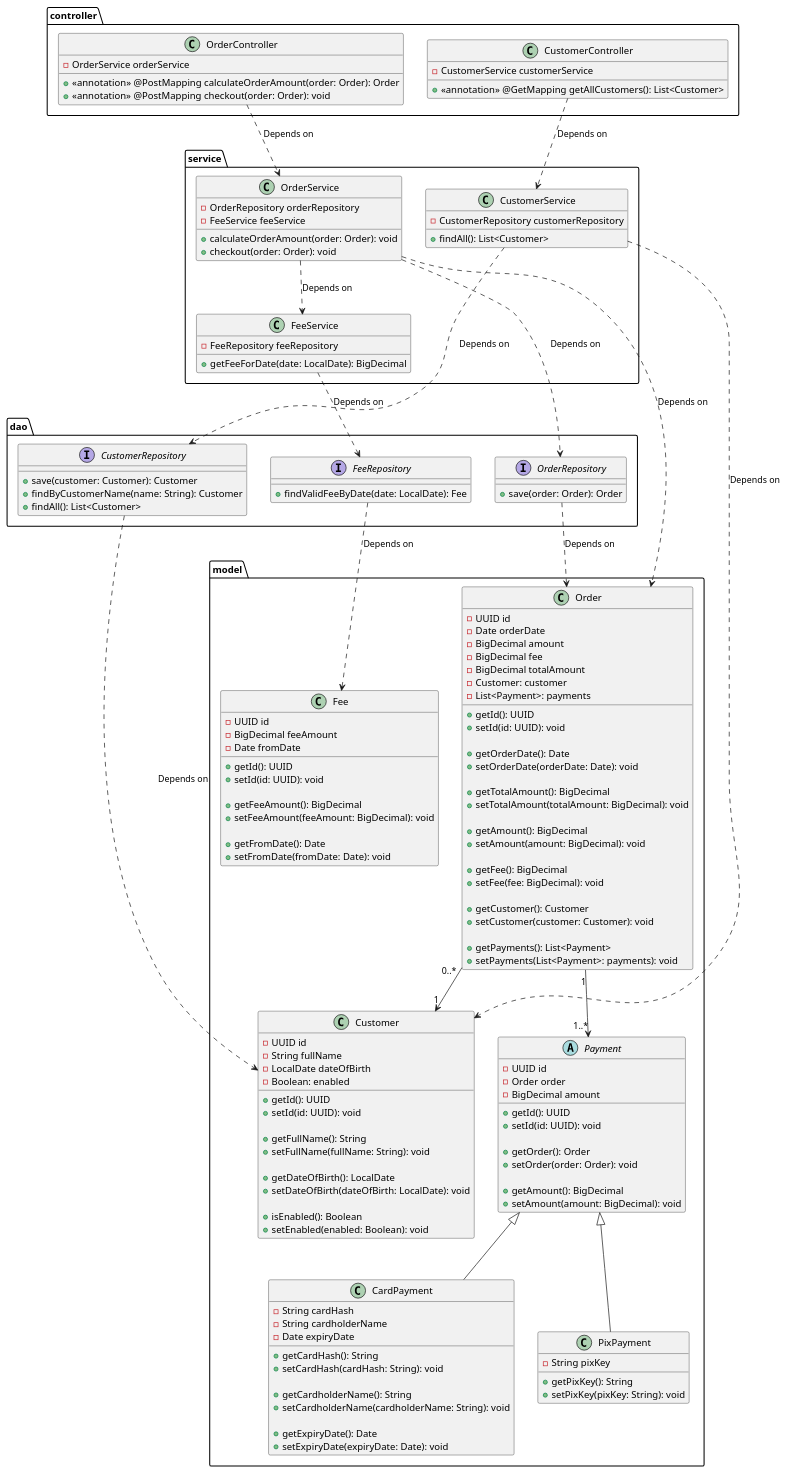
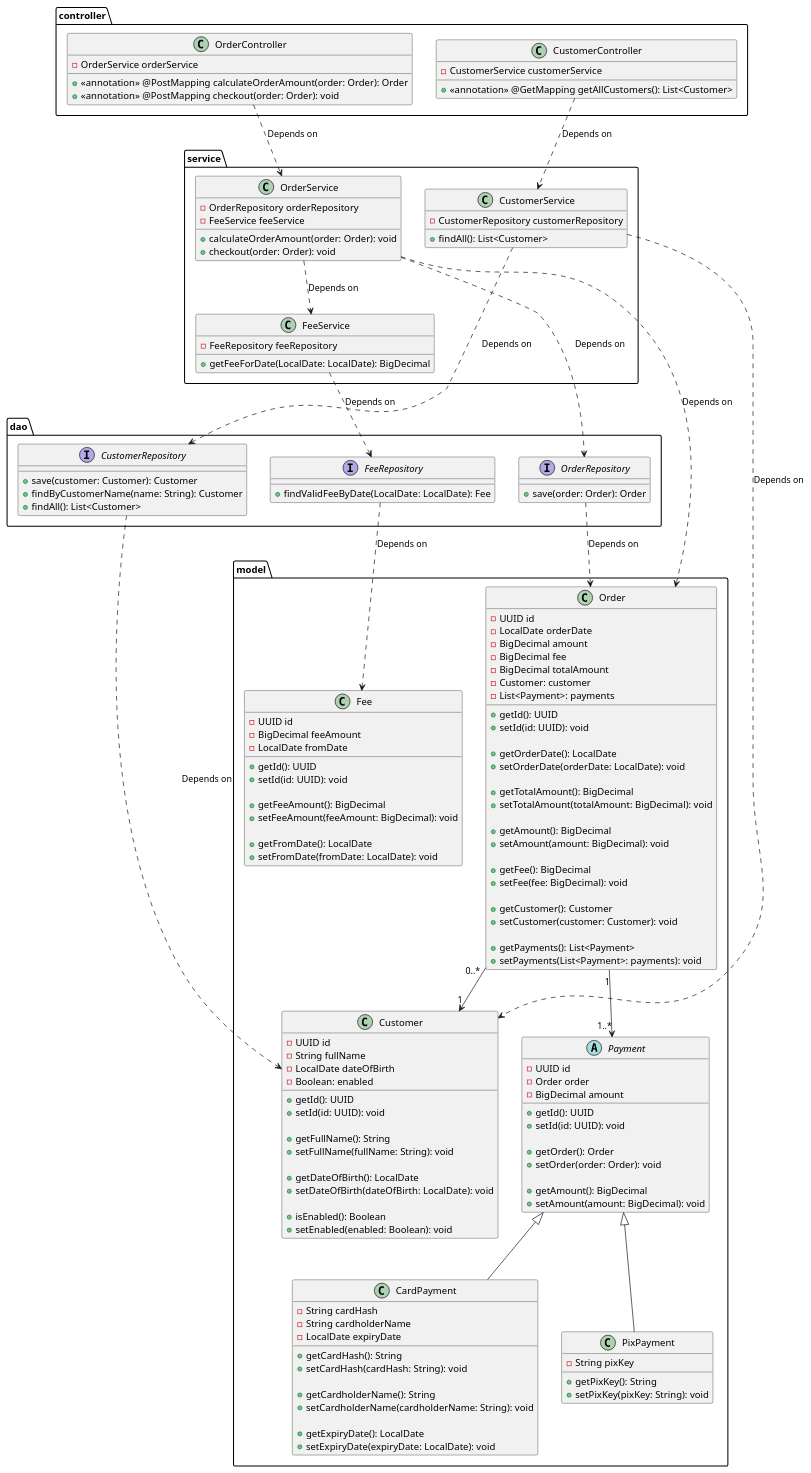
Before and after one commit to dias-joaovictor/infnet-springapp: the diagram in payment.puml, drawn with PlantUML. The commit also changed 1 other file, not shown here.

Commit message:
Update uml

```diff
--- a/payment.puml
+++ b/payment.puml
@@ -1,186 +1,185 @@
 @startuml
 
 package model {
   class Order {
     - UUID id
-    - Date orderDate
+    - LocalDate orderDate
     - BigDecimal amount
     - BigDecimal fee
     - BigDecimal totalAmount
     - Customer: customer
     - List<Payment>: payments
 
     
     + getId(): UUID
     + setId(id: UUID): void
     
-    + getOrderDate(): Date
-    + setOrderDate(orderDate: Date): void
+    + getOrderDate(): LocalDate
+    + setOrderDate(orderDate: LocalDate): void
     
     + getTotalAmount(): BigDecimal
     + setTotalAmount(totalAmount: BigDecimal): void
 
     + getAmount(): BigDecimal
     + setAmount(amount: BigDecimal): void
     
     + getFee(): BigDecimal
     + setFee(fee: BigDecimal): void
 
     + getCustomer(): Customer
     + setCustomer(customer: Customer): void
 
     + getPayments(): List<Payment>
     + setPayments(List<Payment>: payments): void
   }
 
   class Customer {
     - UUID id
     - String fullName
     - LocalDate dateOfBirth
     - Boolean: enabled
 
     
     + getId(): UUID
     + setId(id: UUID): void
     
     + getFullName(): String
     + setFullName(fullName: String): void
     
     + getDateOfBirth(): LocalDate
     + setDateOfBirth(dateOfBirth: LocalDate): void
 
     + isEnabled(): Boolean
     + setEnabled(enabled: Boolean): void
   }
 
   abstract class Payment {
     - UUID id
     - Order order
     - BigDecimal amount
 
     
     + getId(): UUID
     + setId(id: UUID): void
     
     + getOrder(): Order
     + setOrder(order: Order): void
     
     + getAmount(): BigDecimal
     + setAmount(amount: BigDecimal): void
   }
 
   class CardPayment {
     - String cardHash
     - String cardholderName
-    - Date expiryDate
+    - LocalDate expiryDate
 
 
     + getCardHash(): String
     + setCardHash(cardHash: String): void
     
     + getCardholderName(): String
     + setCardholderName(cardholderName: String): void
     
-    + getExpiryDate(): Date
-    + setExpiryDate(expiryDate: Date): void
+    + getExpiryDate(): LocalDate
+    + setExpiryDate(expiryDate: LocalDate): void
   }
 
   class PixPayment {
     - String pixKey
     
     + getPixKey(): String
     + setPixKey(pixKey: String): void
   }
 
   class Fee {
     - UUID id
     - BigDecimal feeAmount
-    - Date fromDate
+    - LocalDate fromDate
     
     
     + getId(): UUID
     + setId(id: UUID): void
     
     + getFeeAmount(): BigDecimal
     + setFeeAmount(feeAmount: BigDecimal): void
     
-    + getFromDate(): Date
-    + setFromDate(fromDate: Date): void
+    + getFromDate(): LocalDate
+    + setFromDate(fromDate: LocalDate): void
   }
 
   Order "1" --> "1..*" Payment
   Order "0..*" --> "1" Customer
   Payment <|-- CardPayment
   Payment <|-- PixPayment
 }
 
 package dao {
   interface OrderRepository {
     + save(order: Order): Order
   }
 
   interface CustomerRepository {
     + save(customer: Customer): Customer
     + findByCustomerName(name: String): Customer
     + findAll(): List<Customer>
   }
 
   interface FeeRepository {
-    + findValidFeeByDate(date: LocalDate): Fee
+    + findValidFeeByDate(LocalDate: LocalDate): Fee
   }
 
   OrderRepository ..> Order : "Depends on"
   FeeRepository ..> Fee : "Depends on"
   CustomerRepository ..> Customer : "Depends on"
 }
 
 package service {
 
   class FeeService {
     - FeeRepository feeRepository
 
-    + getFeeForDate(date: LocalDate): BigDecimal
+    + getFeeForDate(LocalDate: LocalDate): BigDecimal
   }
 
     class CustomerService {
     - CustomerRepository customerRepository
 
     + findAll(): List<Customer>
   }
 
   class OrderService {
     - OrderRepository orderRepository
     - FeeService feeService
 
     + calculateOrderAmount(order: Order): void
     + checkout(order: Order): void
   }
 
   OrderService ..> Order : "Depends on"
   OrderService ..> OrderRepository : "Depends on"
   OrderService ..> FeeService : "Depends on"
   CustomerService ..> CustomerRepository : "Depends on"
   CustomerService ..> Customer : "Depends on"
   FeeService ..> FeeRepository : "Depends on"
 }
 
 package controller {
   class CustomerController{
     - CustomerService customerService
 
     + <<annotation>> @GetMapping getAllCustomers(): List<Customer>
   }
 
   class OrderController{
     - OrderService orderService
 
     + <<annotation>> @PostMapping calculateOrderAmount(order: Order): Order
     + <<annotation>> @PostMapping checkout(order: Order): void
   }
 
   OrderController ..> OrderService : "Depends on"
   CustomerController ..> CustomerService : "Depends on"
 }
 
-
 @enduml
```
